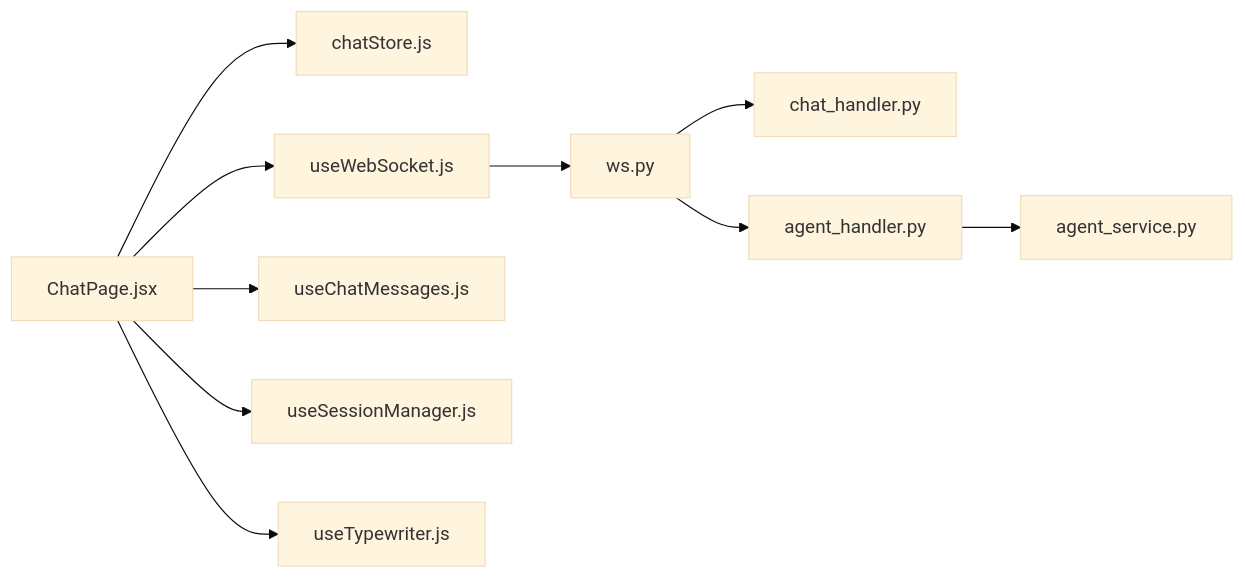
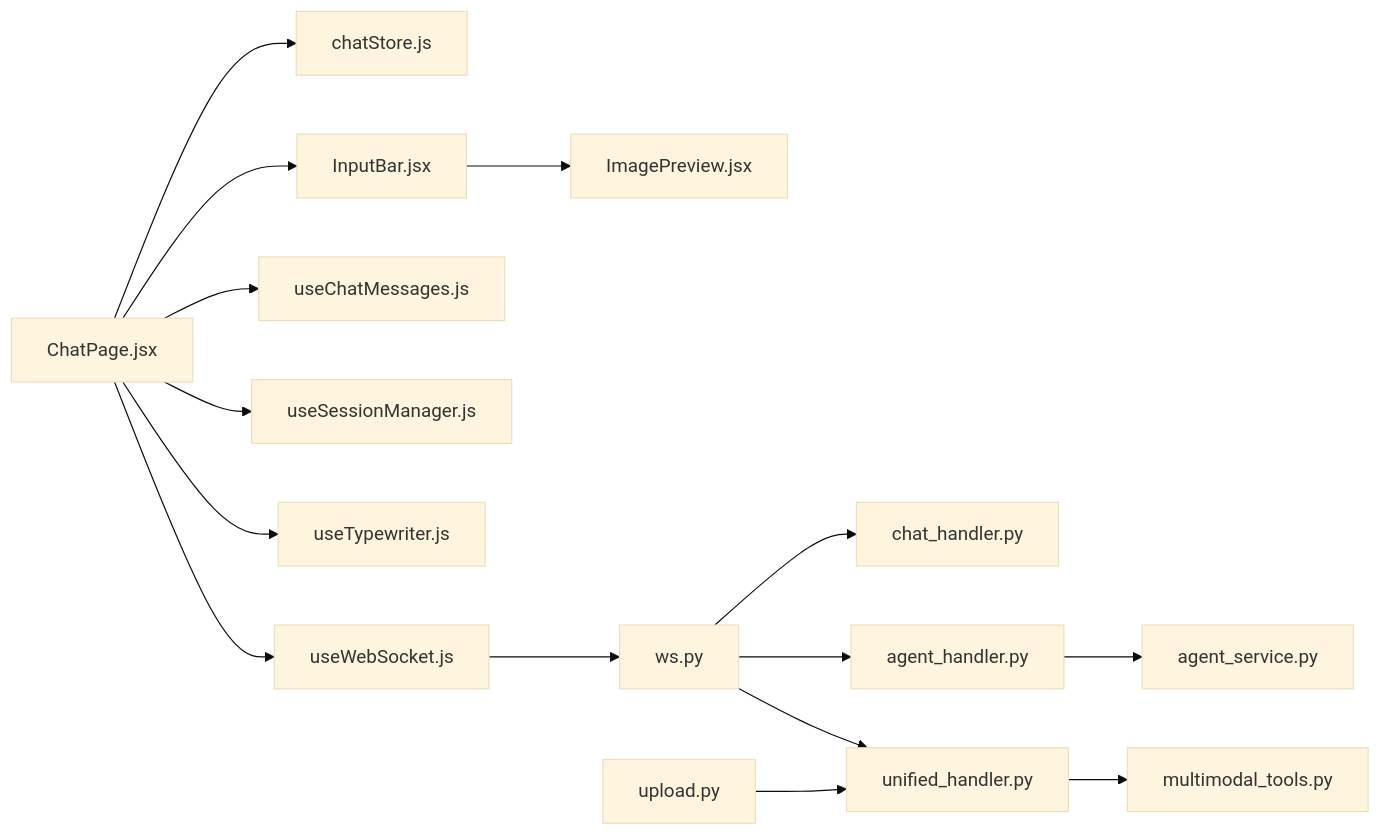
Before and after one commit to laohanhahaha/PaperChat: the sixth of 6 diagrams in .qoder/repowiki/zh/content/前端系统/页面组件/聊天页面.md, drawn with Mermaid (base theme). The commit also changed other lines of this file and 185 other files, not shown here.

````diff
--- a/.qoder/repowiki/zh/content/前端系统/页面组件/聊天页面.md
+++ b/.qoder/repowiki/zh/content/前端系统/页面组件/聊天页面.md
@@ -333,12 +506,17 @@
 ```mermaid
 graph LR
 CP["ChatPage.jsx"] --> MS["chatStore.js"]
 CP --> UWS["useWebSocket.js"]
 CP --> UCM["useChatMessages.js"]
 CP --> USM["useSessionManager.js"]
 CP --> UTW["useTypewriter.js"]
+CP --> IB["InputBar.jsx"]
+IB --> IP["ImagePreview.jsx"]
 UWS --> WSR["ws.py"]
 WSR --> CH["chat_handler.py"]
 WSR --> AH["agent_handler.py"]
+WSR --> UH["unified_handler.py"]
+UH --> MT["multimodal_tools.py"]
+UP["upload.py"] --> UH
 AH --> AS["agent_service.py"]
 ```
````
